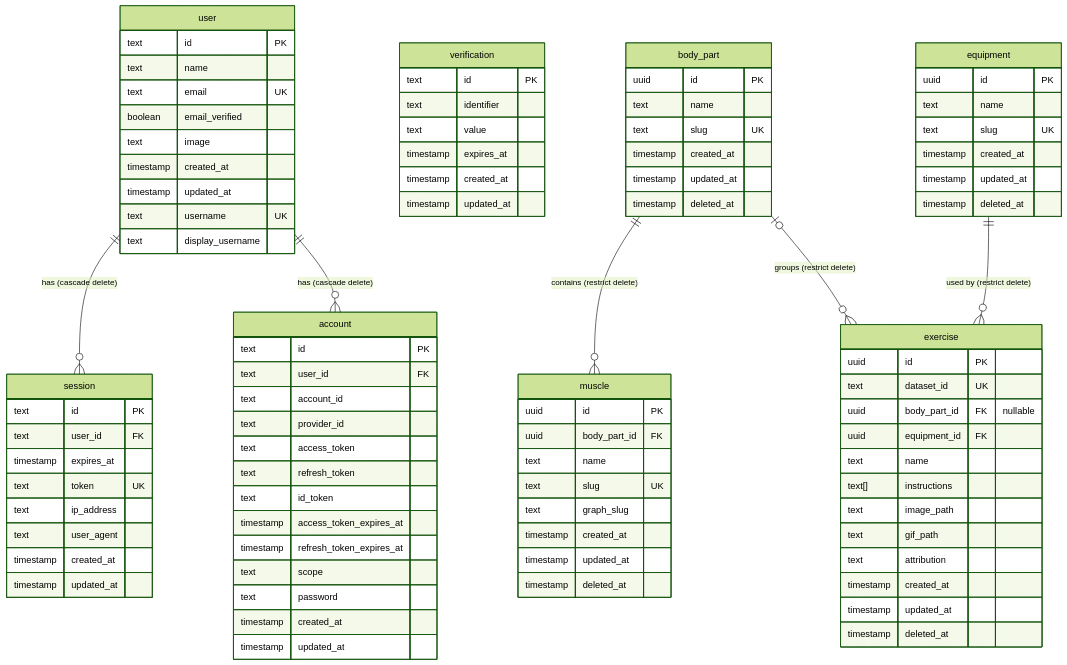
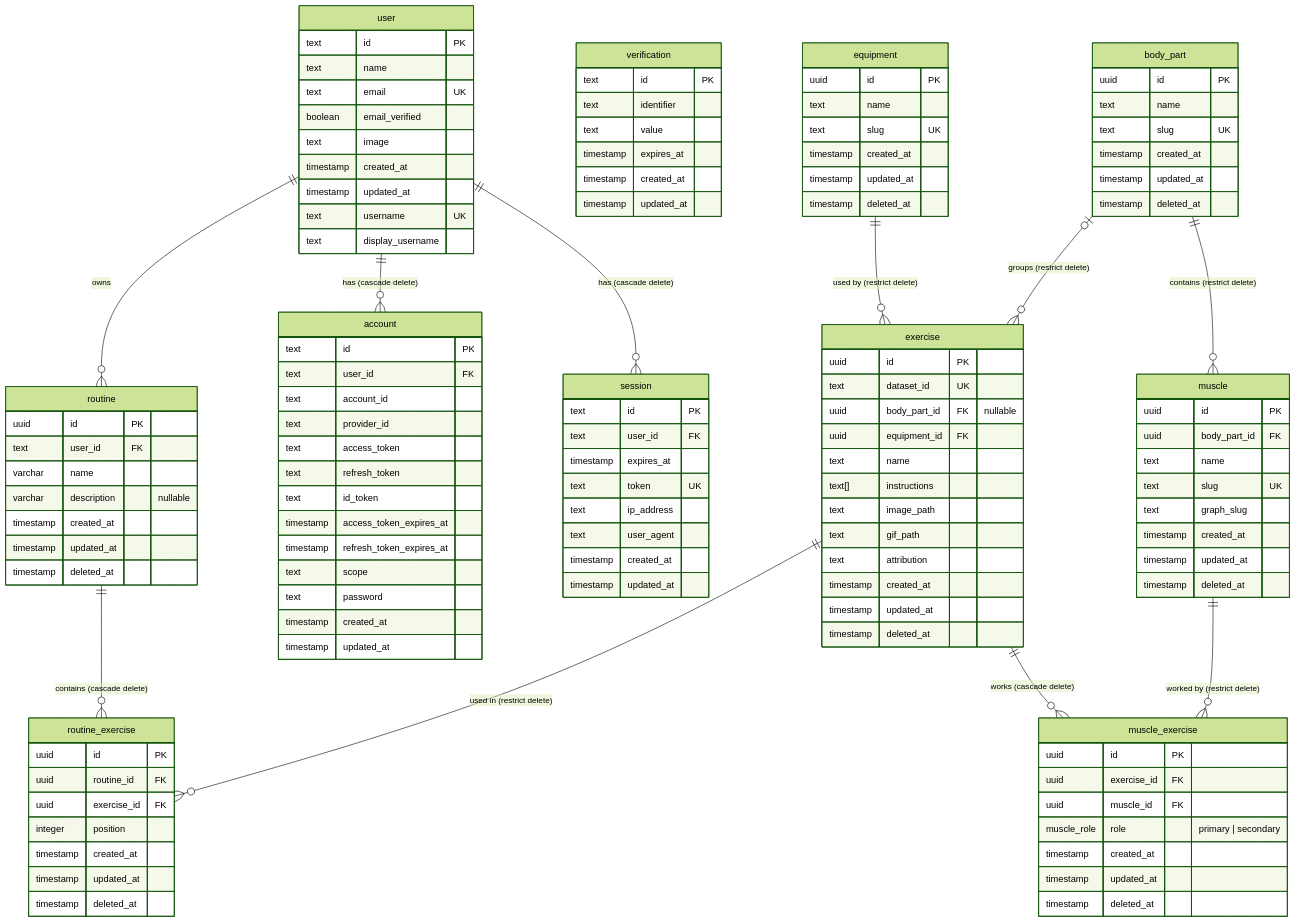
The diagram in docs/database.md (fredrikj31/overload), drawn with Mermaid (forest theme) before and after one commit. The commit also changed other lines of this file, not shown here.

Commit message:
docs(database): updates database diagram with new table & relation

````diff
--- a/docs/database.md
+++ b/docs/database.md
@@ -96,9 +96,44 @@
         timestamp deleted_at
     }
 
+    muscle_exercise {
+        uuid id PK
+        uuid exercise_id FK
+        uuid muscle_id FK
+        muscle_role role "primary | secondary"
+        timestamp created_at
+        timestamp updated_at
+        timestamp deleted_at
+    }
+
+    routine {
+        uuid id PK
+        text user_id FK
+        varchar name
+        varchar description "nullable"
+        timestamp created_at
+        timestamp updated_at
+        timestamp deleted_at
+    }
+
+    routine_exercise {
+        uuid id PK
+        uuid routine_id FK
+        uuid exercise_id FK
+        integer position
+        timestamp created_at
+        timestamp updated_at
+        timestamp deleted_at
+    }
+
     user ||--o{ session : "has (cascade delete)"
     user ||--o{ account : "has (cascade delete)"
+    user ||--o{ routine : "owns"
     body_part ||--o{ muscle : "contains (restrict delete)"
     body_part |o--o{ exercise : "groups (restrict delete)"
     equipment ||--o{ exercise : "used by (restrict delete)"
+    exercise ||--o{ muscle_exercise : "works (cascade delete)"
+    muscle ||--o{ muscle_exercise : "worked by (restrict delete)"
+    routine ||--o{ routine_exercise : "contains (cascade delete)"
+    exercise ||--o{ routine_exercise : "used in (restrict delete)"
 ```
````
